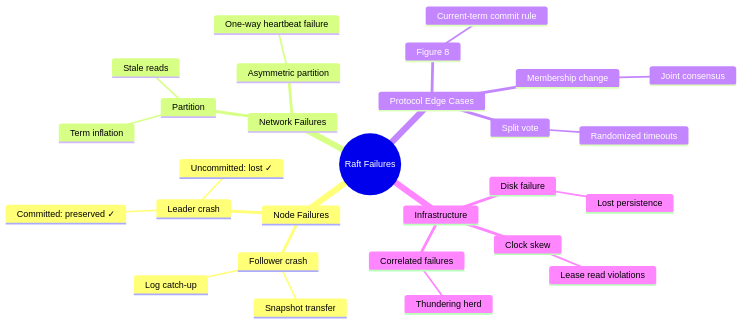
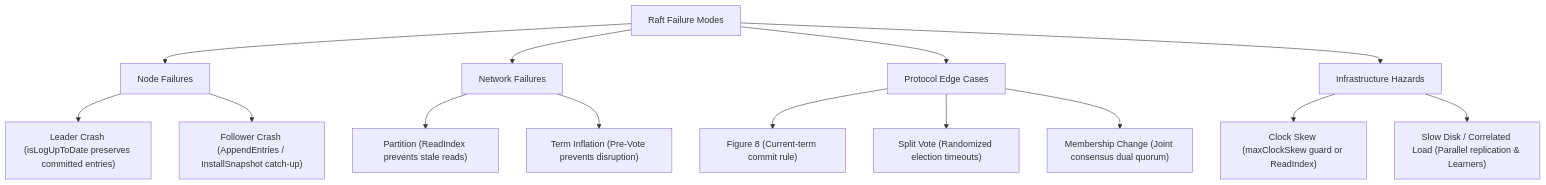
One commit to bmscomp/raft changed diagram 11 of 11 in docs/book/11-failure-modes.md. Above: the diagram before and after it, drawn with Mermaid. The commit also changed other lines of this file and 38 other files, not shown here.

First line of the commit message:
docs: replace ASCII art with Mermaid diagrams across book and tutorials

````diff
--- a/docs/book/11-failure-modes.md
+++ b/docs/book/11-failure-modes.md
@@ -577,31 +576,21 @@
 ```mermaid
-mindmap
-  root((Raft Failures))
-    Node Failures
-      Leader crash
-        Uncommitted: lost ✓
-        Committed: preserved ✓
-      Follower crash
-        Log catch-up
-        Snapshot transfer
-    Network Failures
-      Partition
-        Stale reads
-        Term inflation
-      Asymmetric partition
-        One-way heartbeat failure
-    Protocol Edge Cases
-      Figure 8
-        Current-term commit rule
-      Split vote
-        Randomized timeouts
-      Membership change
-        Joint consensus
-    Infrastructure
-      Clock skew
-        Lease read violations
-      Disk failure
-        Lost persistence
-      Correlated failures
-        Thundering herd
+flowchart TD
+    ROOT["Raft Failure Modes"]
+
+    ROOT --> NF["Node Failures"]
+    NF --> NF1["Leader Crash (isLogUpToDate preserves committed entries)"]
+    NF --> NF2["Follower Crash (AppendEntries / InstallSnapshot catch-up)"]
+
+    ROOT --> NET["Network Failures"]
+    NET --> NET1["Partition (ReadIndex prevents stale reads)"]
+    NET --> NET2["Term Inflation (Pre-Vote prevents disruption)"]
+
+    ROOT --> PROTO["Protocol Edge Cases"]
+    PROTO --> PR1["Figure 8 (Current-term commit rule)"]
+    PROTO --> PR2["Split Vote (Randomized election timeouts)"]
+    PROTO --> PR3["Membership Change (Joint consensus dual quorum)"]
+
+    ROOT --> INFRA["Infrastructure Hazards"]
+    INFRA --> IN1["Clock Skew (maxClockSkew guard or ReadIndex)"]
+    INFRA --> IN2["Slow Disk / Correlated Load (Parallel replication & Learners)"]
 ```
````
